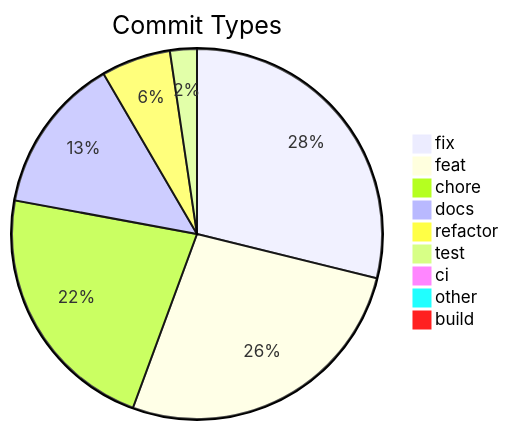
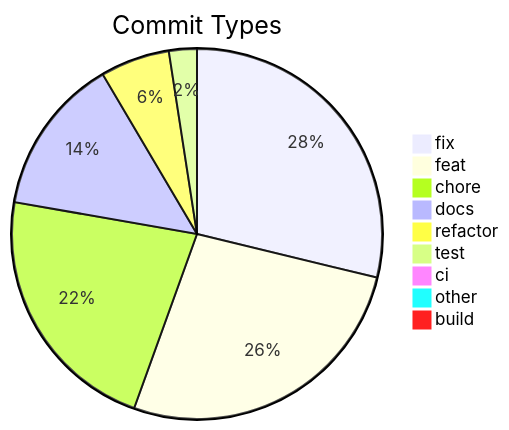
Before and after one commit to svenroth-ai/shipwright: the diagram in .shipwright/compliance/change-history.md, drawn with Mermaid. The commit also changed other lines of this file and 44 other files, not shown here.

````diff
--- a/.shipwright/compliance/change-history.md
+++ b/.shipwright/compliance/change-history.md
@@ -8,12 +8,12 @@
 ```mermaid
 pie title Commit Types
     "fix" : 295
     "feat" : 274
     "chore" : 228
-    "docs" : 140
+    "docs" : 141
     "refactor" : 62
-    "test" : 24
+    "test" : 25
     "ci" : 7
     "other" : 7
     "build" : 1
 ```
````
